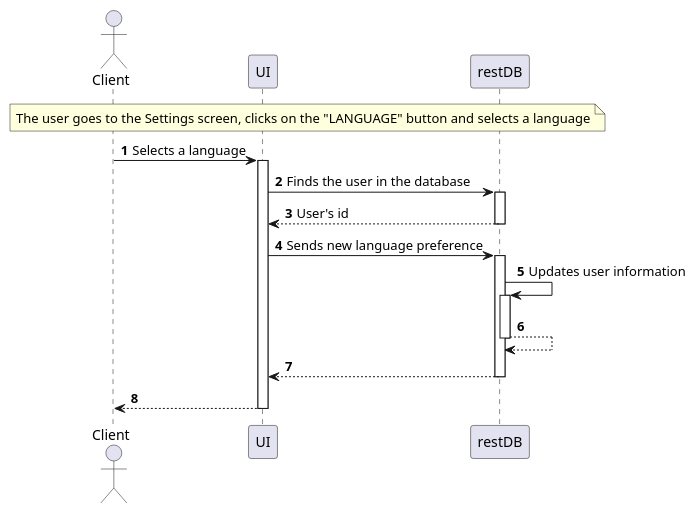
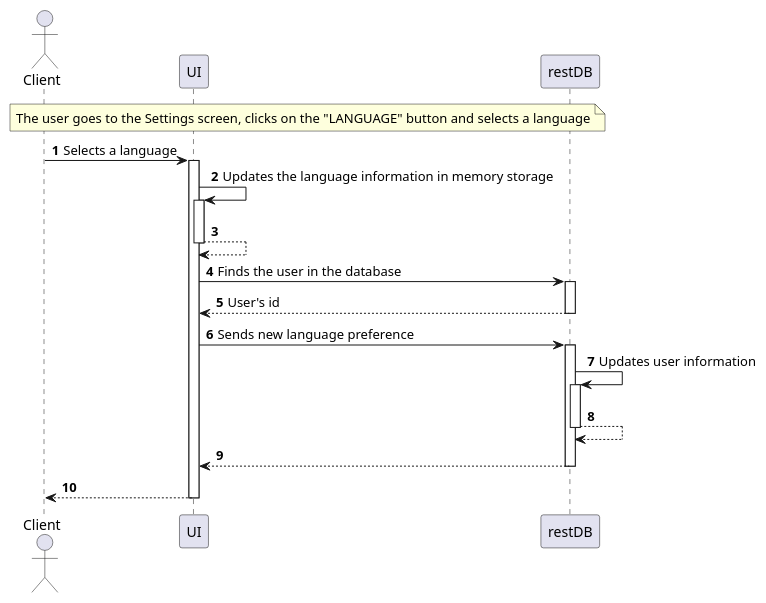
The diagram in UMLs/puml/System Sequence Diagram/UCSS-SSD/UCSS5-SSD.puml (8126Lucas/DSSMV_ProjectReact_1241131_1241008), drawn with PlantUML before and after one commit. The commit also changed 15 other files, not shown here.

```diff
--- a/UMLs/puml/System Sequence Diagram/UCSS-SSD/UCSS5-SSD.puml
+++ b/UMLs/puml/System Sequence Diagram/UCSS-SSD/UCSS5-SSD.puml
@@ -1,22 +1,24 @@
 @startuml
 'https://plantuml.com/sequence-diagram
 
 autonumber
 autoactivate on
 
 Actor "Client" as client
 participant "UI" as ui
 participant "restDB" as restdb
 
 note over client, restdb: The user goes to the Settings screen, clicks on the "LANGUAGE" button and selects a language
 
 client -> ui: Selects a language
+    ui -> ui: Updates the language information in memory storage
+    ui --> ui
     ui -> restdb: Finds the user in the database
     restdb --> ui: User's id
     ui -> restdb: Sends new language preference
         restdb -> restdb: Updates user information
         restdb --> restdb
     restdb --> ui
 ui --> client
 
 @enduml
```
